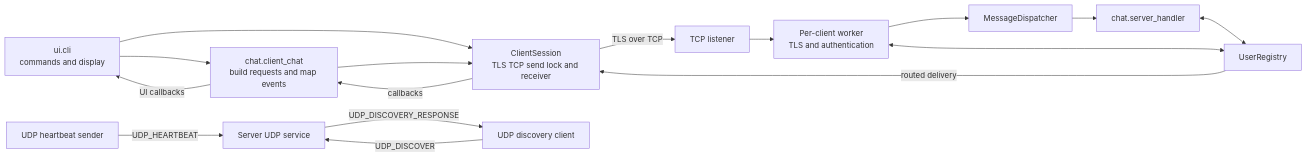
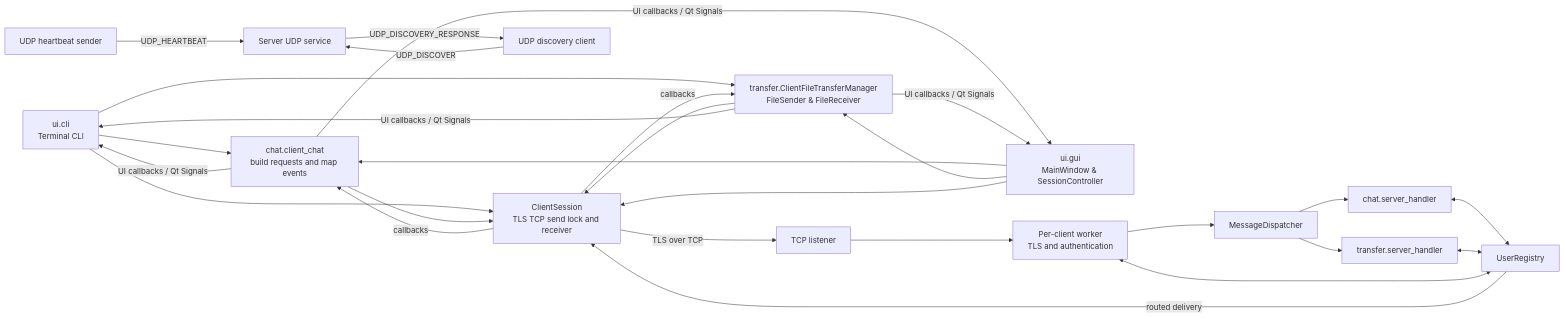
One commit to wiliamvux2102/Distributed-Client-Server-Collaboration-Application changed the first of 2 diagrams in docs/architecture.md. Above: the diagram before and after it, drawn with Mermaid. The commit also changed other lines of this file and 13 other files, not shown here.

Commit message:
hardening: sanitize transfer paths, tighten GUI cleanup/polling, sign UDP heartbeats, update docs

````diff
--- a/docs/architecture.md
+++ b/docs/architecture.md
@@ -22,30 +23,44 @@
 ```mermaid
 flowchart LR
-    UI[ui.cli<br/>commands and display]
-    CHATC[chat.client_chat<br/>build requests and map events]
-    SESSION[ClientSession<br/>TLS TCP send lock and receiver]
-    HB[UDP heartbeat sender]
-    DISC[UDP discovery client]
-    UDP[Server UDP service]
-    TCP[TCP listener]
-    WORK[Per-client worker<br/>TLS and authentication]
-    DISP[MessageDispatcher]
-    CHAT[chat.server_handler]
-    REG[UserRegistry]
+    CLI["ui.cli<br/>Terminal CLI"]
+    GUI["ui.gui<br/>MainWindow & SessionController"]
+    CHATC["chat.client_chat<br/>build requests and map events"]
+    FTC["transfer.ClientFileTransferManager<br/>FileSender & FileReceiver"]
+    SESSION["ClientSession<br/>TLS TCP send lock and receiver"]
+    HB["UDP heartbeat sender"]
+    DISC["UDP discovery client"]
+    UDP["Server UDP service"]
+    TCP["TCP listener"]
+    WORK["Per-client worker<br/>TLS and authentication"]
+    DISP["MessageDispatcher"]
+    CHAT["chat.server_handler"]
+    FTS["transfer.server_handler"]
+    REG["UserRegistry"]
 
-    UI --> CHATC
-    UI --> SESSION
+    CLI --> CHATC
+    CLI --> FTC
+    CLI --> SESSION
+    GUI --> CHATC
+    GUI --> FTC
+    GUI --> SESSION
     CHATC --> SESSION
+    FTC --> SESSION
     DISC -- UDP_DISCOVER --> UDP
     UDP -- UDP_DISCOVERY_RESPONSE --> DISC
     HB -- UDP_HEARTBEAT --> UDP
     SESSION -- TLS over TCP --> TCP
     TCP --> WORK
     WORK --> DISP
     DISP --> CHAT
+    DISP --> FTS
     CHAT <--> REG
+    FTS <--> REG
     WORK <--> REG
     REG -- routed delivery --> SESSION
     SESSION -- callbacks --> CHATC
-    CHATC -- UI callbacks --> UI
+    SESSION -- callbacks --> FTC
+    CHATC -- UI callbacks / Qt Signals --> CLI
+    CHATC -- UI callbacks / Qt Signals --> GUI
+    FTC -- UI callbacks / Qt Signals --> CLI
+    FTC -- UI callbacks / Qt Signals --> GUI
 ```
````
